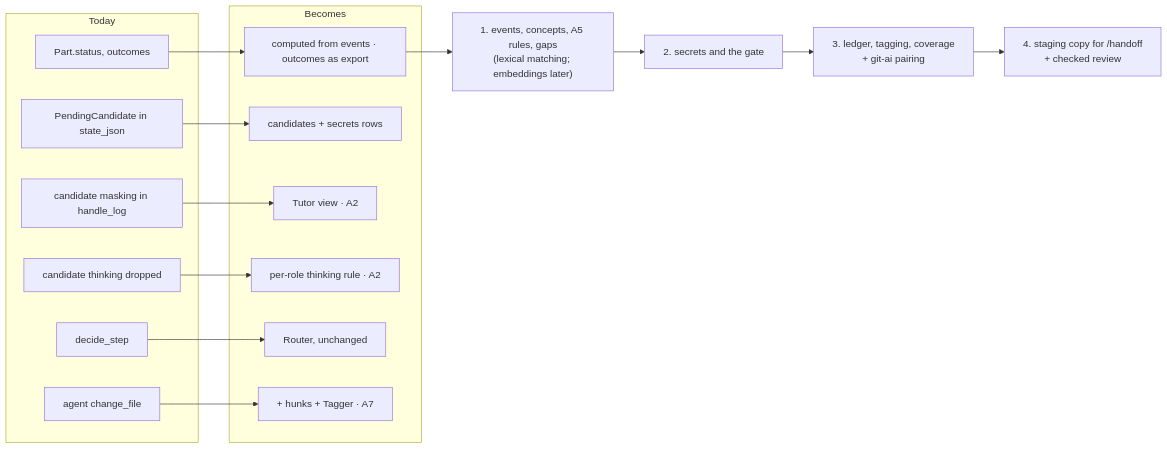
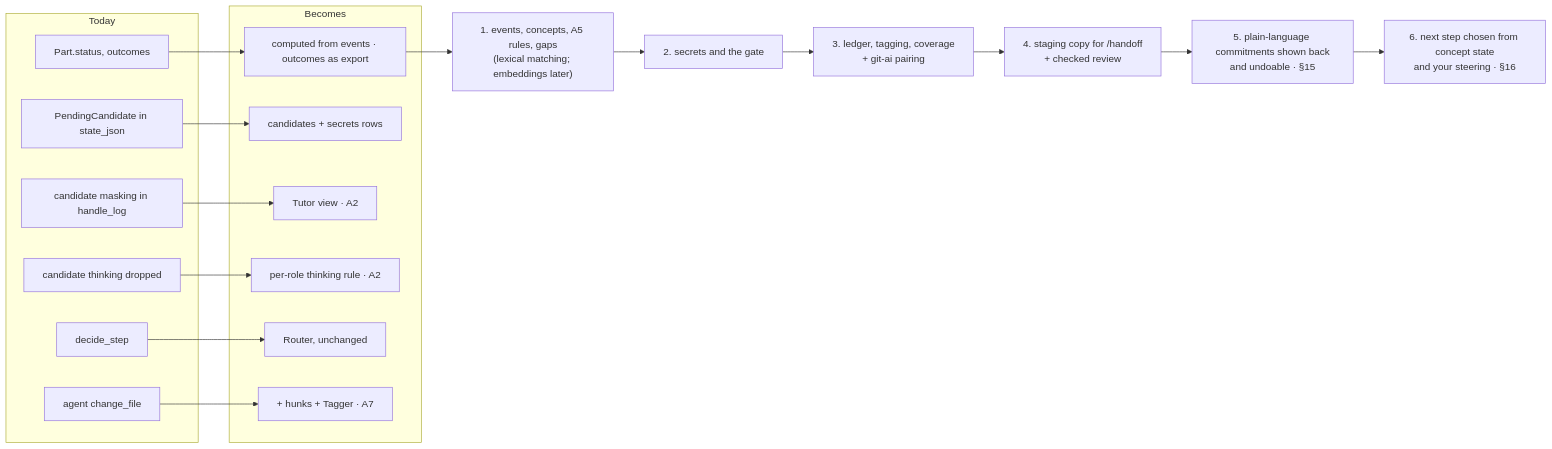
Diagram 13 of 13 in docs/theory.md (lprsrts/pathfinder), drawn with Mermaid before and after one commit. The commit also changed other lines of this file, not shown here.

Commit message:
Make plain language and an exact next step with a loose horizon canonical theory

````diff
--- a/docs/theory.md
+++ b/docs/theory.md
@@ -508,29 +541,31 @@
 ```mermaid
 flowchart LR
     subgraph Now[Today]
         a1[Part.status, outcomes]
         a2[PendingCandidate in state_json]
         a3[candidate masking in handle_log]
         a4[candidate thinking dropped]
         a5[decide_step]
         a6[agent change_file]
     end
     subgraph Next[Becomes]
         b1[computed from events · outcomes as export]
         b2[candidates + secrets rows]
         b3[Tutor view · A2]
         b4[per-role thinking rule · A2]
         b5[Router, unchanged]
         b6[+ hunks + Tagger · A7]
     end
     a1-->b1
     a2-->b2
     a3-->b3
     a4-->b4
     a5-->b5
     a6-->b6
     b1 --> S1["1. events, concepts, A5 rules, gaps<br/>(lexical matching; embeddings later)"]
     S1 --> S2[2. secrets and the gate]
     S2 --> S3["3. ledger, tagging, coverage<br/>+ git-ai pairing"]
     S3 --> S4["4. staging copy for /handoff<br/>+ checked review"]
+    S4 --> S5["5. plain-language commitments shown back<br/>and undoable · §15"]
+    S5 --> S6["6. next step chosen from concept state<br/>and your steering · §16"]
 ```
````
